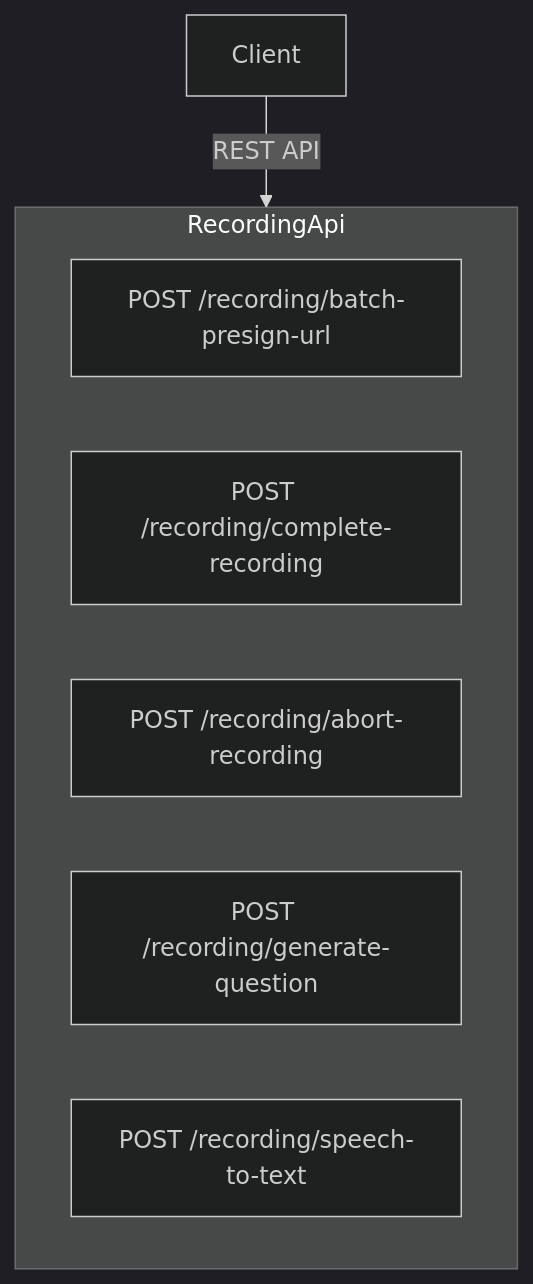
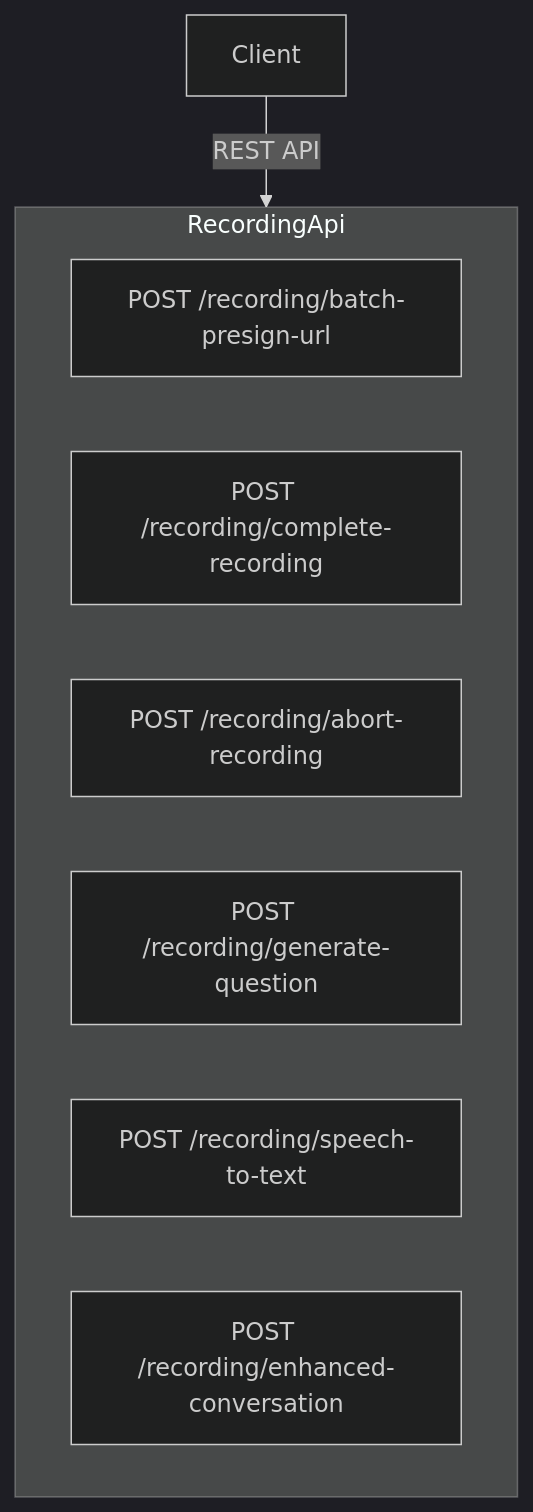
One commit to zezo-developers/Communication-Coach changed the diagram in docs/recording.doc.md. Above: the diagram before and after it, drawn with Mermaid (dark theme). The commit also changed other lines of this file and 29 other files, not shown here.

Commit message:
added pronunciation check server and update conversationtturn schema and added redis

````diff
--- a/docs/recording.doc.md
+++ b/docs/recording.doc.md
@@ -9,11 +9,12 @@
 ```mermaid
 flowchart TB
   Client["Client"] -->|REST API| RecordingApi["/recording"]
   subgraph RecordingApi
     Presign["POST /recording/batch-presign-url"]
     Complete["POST /recording/complete-recording"]
     Abort["POST /recording/abort-recording"]
     Question["POST /recording/generate-question"]
     Transcribe["POST /recording/speech-to-text"]
+    Enhance["POST /recording/enhanced-conversation"]
   end
 ```
````
